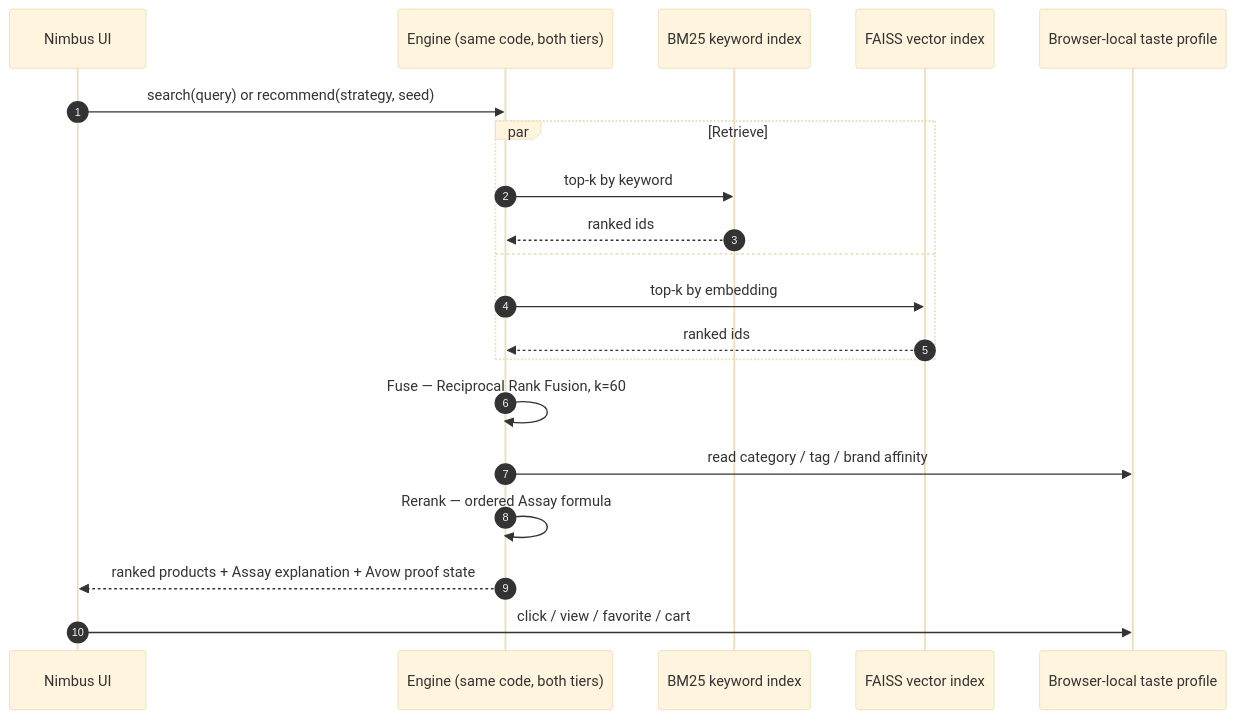
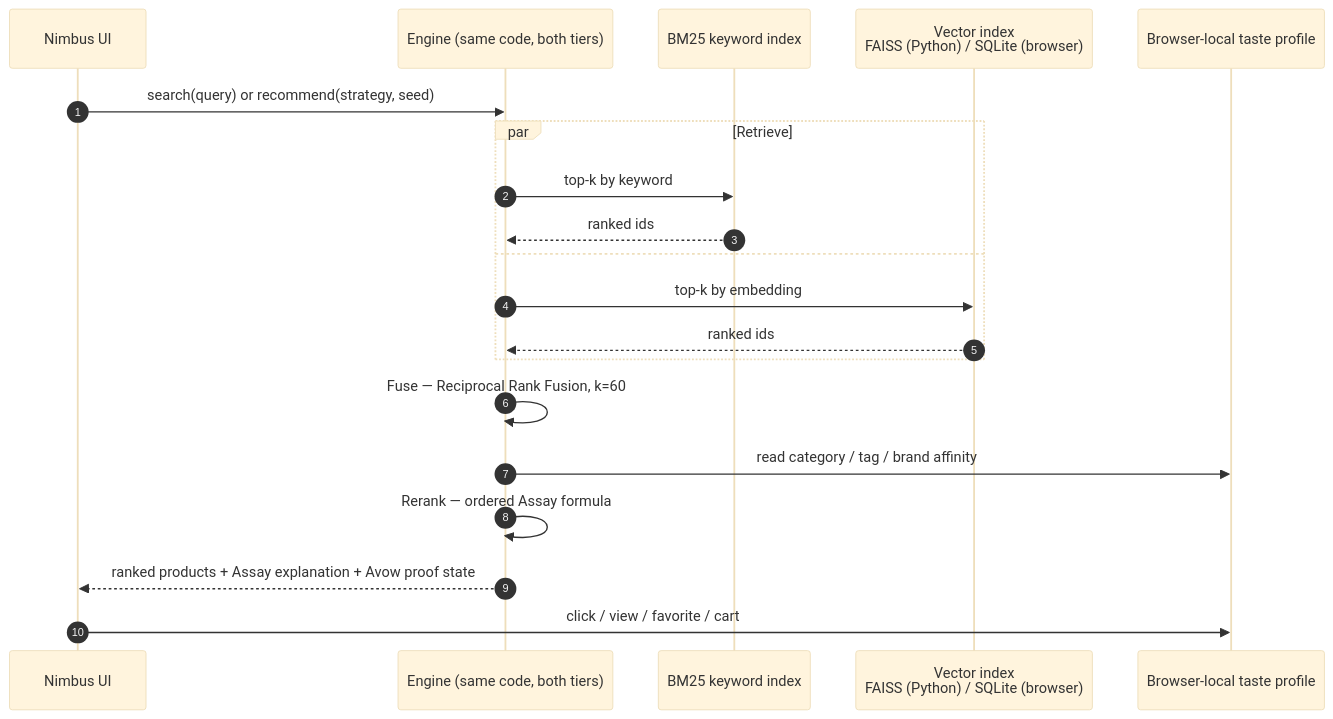
One commit to hseshadr/edge-reco changed the second of 3 diagrams in docs/ARCHITECTURE.md. Above: the diagram before and after it, drawn with Mermaid (base theme). The commit also changed other lines of this file and 22 other files, not shown here.

Commit message:
feat: move browser retrieval to sqlite-vector

````diff
--- a/docs/ARCHITECTURE.md
+++ b/docs/ARCHITECTURE.md
@@ -63,23 +63,23 @@
 ```mermaid
 sequenceDiagram
     autonumber
     participant UI as Nimbus UI
     participant Engine as Engine (same code, both tiers)
     participant BM25 as BM25 keyword index
-    participant Vec as FAISS vector index
+    participant Vec as Vector index<br/>FAISS (Python) / SQLite (browser)
     participant Session as Browser-local taste profile
 
     UI->>Engine: search(query) or recommend(strategy, seed)
     par Retrieve
         Engine->>BM25: top-k by keyword
         BM25-->>Engine: ranked ids
     and
         Engine->>Vec: top-k by embedding
         Vec-->>Engine: ranked ids
     end
     Engine->>Engine: Fuse — Reciprocal Rank Fusion, k=60
     Engine->>Session: read category / tag / brand affinity
     Engine->>Engine: Rerank — ordered Assay formula
     Engine-->>UI: ranked products + Assay explanation + Avow proof state
     UI->>Session: click / view / favorite / cart
 ```
````
